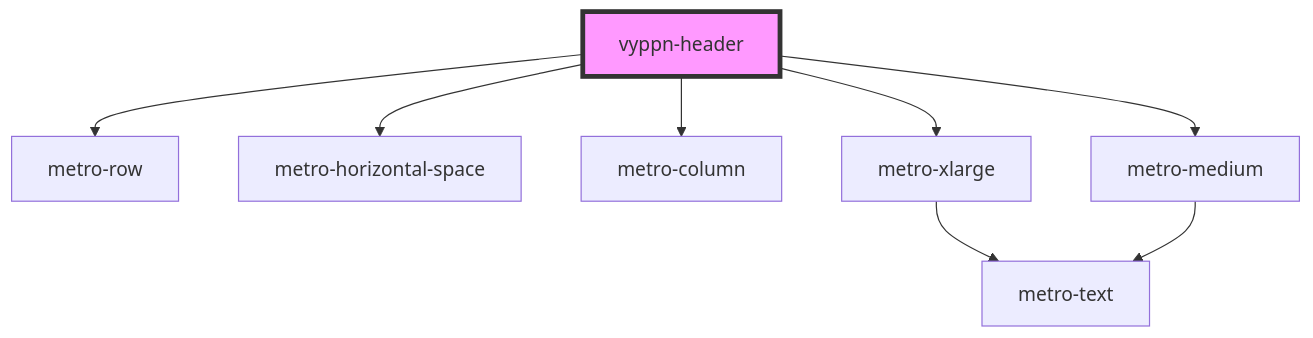
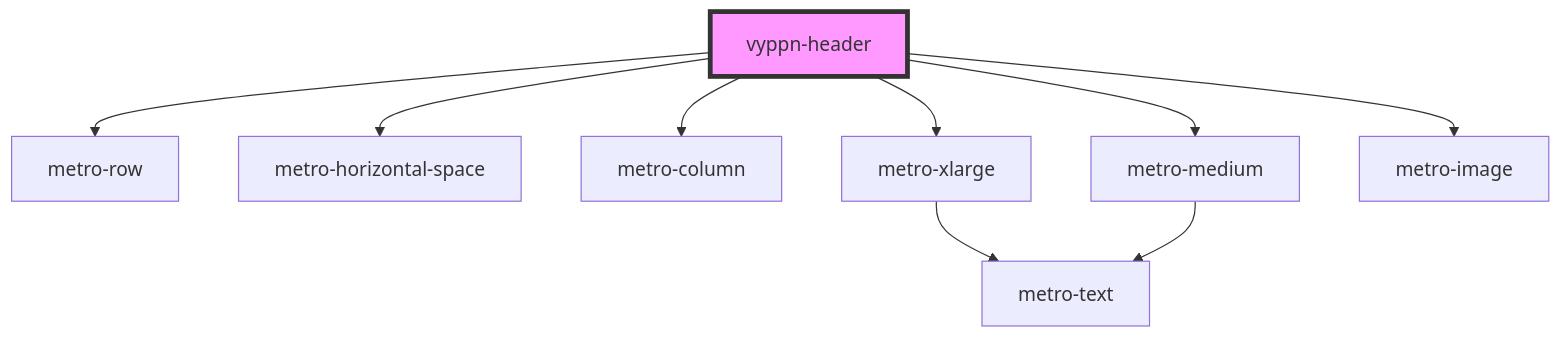
One commit to vyppN/vyppN-web changed the diagram in packages/app-component/src/components/vyppn-header/readme.md. Above: the diagram before and after it, drawn with Mermaid. The commit also changed other lines of this file and 102 other files, not shown here.

````diff
--- a/packages/app-component/src/components/vyppn-header/readme.md
+++ b/packages/app-component/src/components/vyppn-header/readme.md
@@ -19,11 +28,12 @@
 ```mermaid
 graph TD;
   vyppn-header --> metro-row
   vyppn-header --> metro-horizontal-space
   vyppn-header --> metro-column
   vyppn-header --> metro-xlarge
   vyppn-header --> metro-medium
+  vyppn-header --> metro-image
   metro-xlarge --> metro-text
   metro-medium --> metro-text
   style vyppn-header fill:#f9f,stroke:#333,stroke-width:4px
 ```
````
